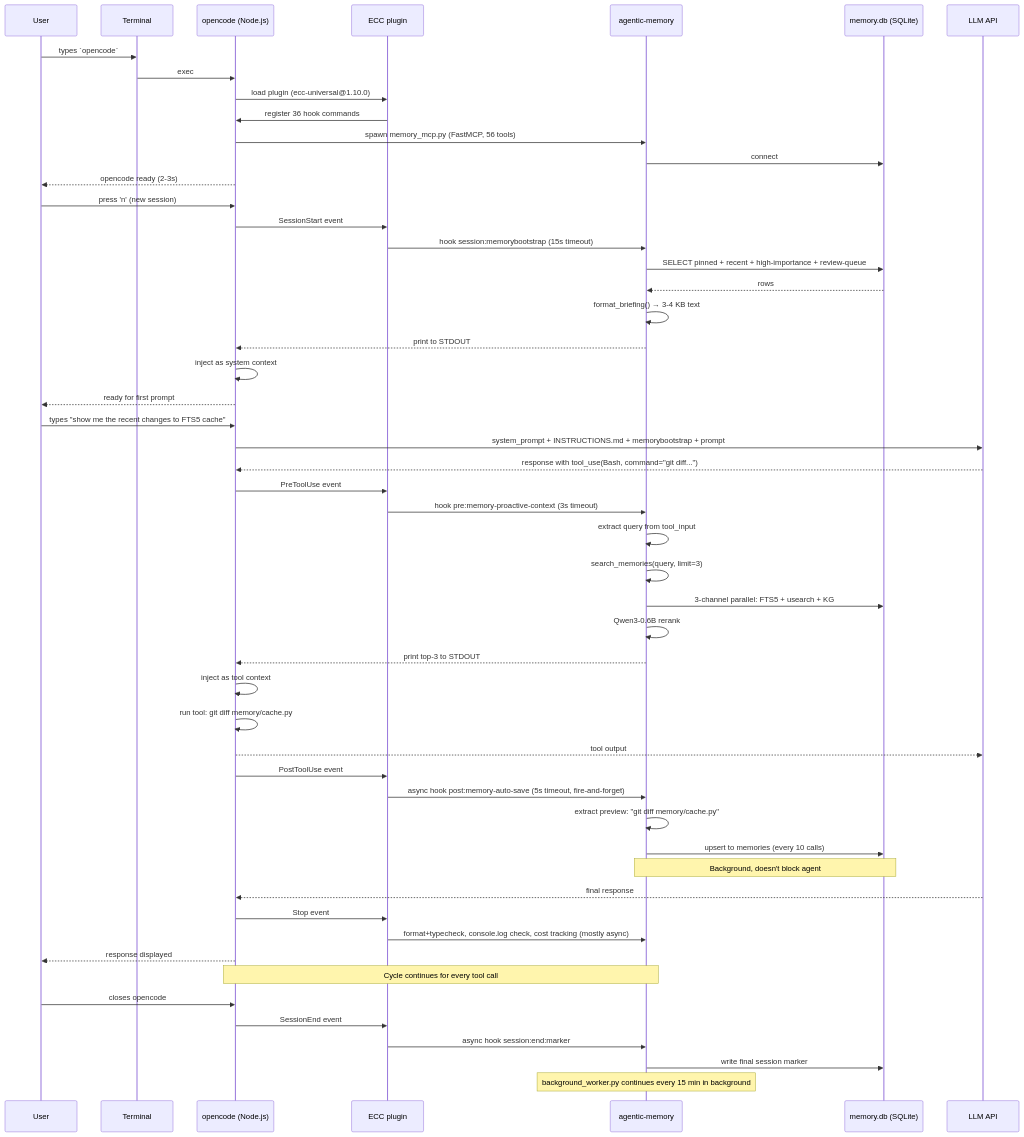
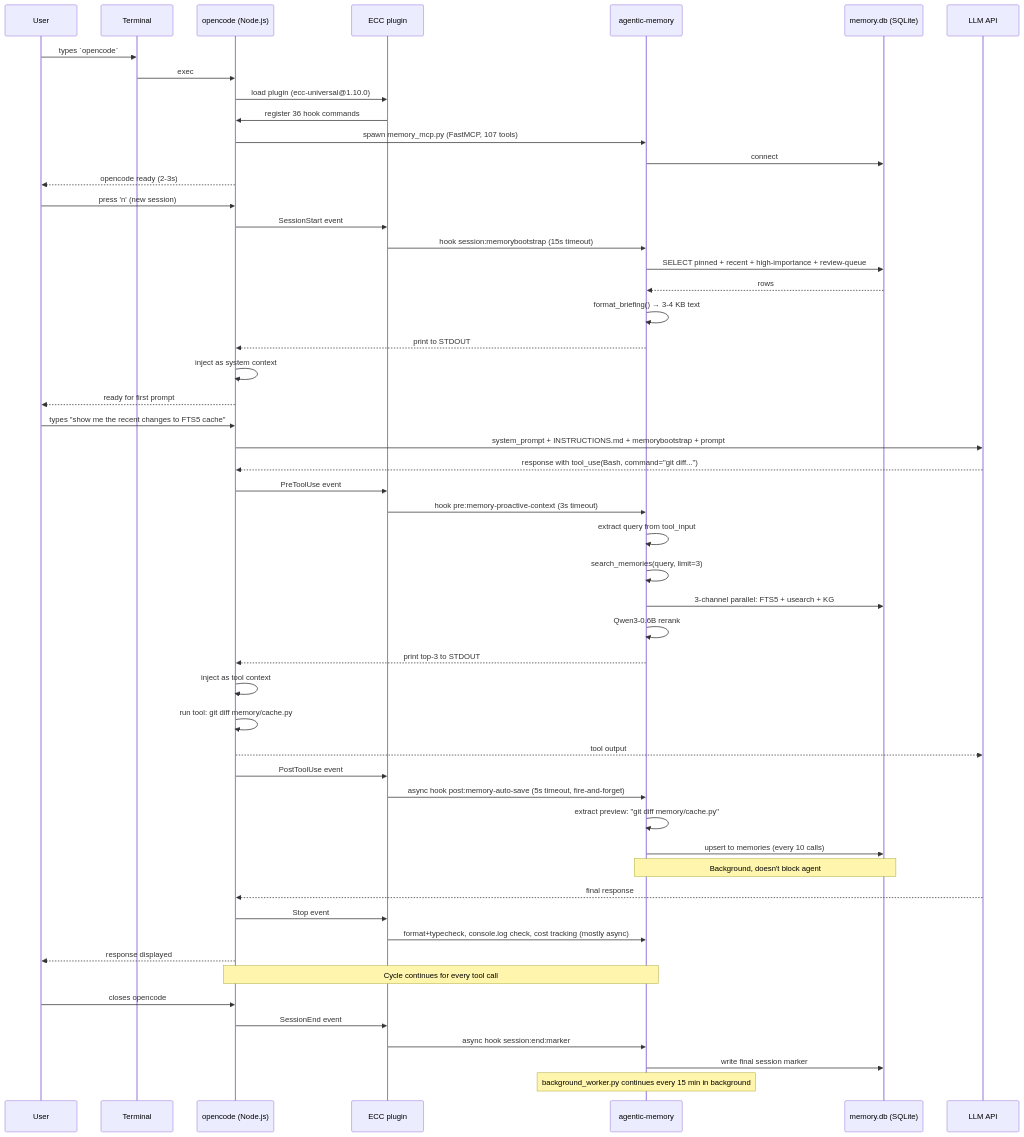
The second of 2 diagrams in docs/explanation/boot-sequence.md (ArkaAiAdmin/Agentic-Memory), drawn with Mermaid before and after one commit. The commit also changed other lines of this file and 2 other files, not shown here.

First paragraph of the commit message:
fix(docs): correct tool counts, tool registry refs, and CORE/ADMIN lists in how-to, reference, and boot-sequence
Agent 2 of 4 — docs accuracy fixes for feat/doc-excellence-phase0.

````diff
--- a/docs/explanation/boot-sequence.md
+++ b/docs/explanation/boot-sequence.md
@@ -162,63 +162,63 @@
 ```mermaid
 sequenceDiagram
     participant U as User
     participant T as Terminal
     participant OC as opencode (Node.js)
     participant ECP as ECC plugin
     participant AM as agentic-memory
     participant DB as memory.db (SQLite)
     participant LLM as LLM API
 
     U->>T: types `opencode`
     T->>OC: exec
     OC->>ECP: load plugin (ecc-universal@1.10.0)
     ECP->>OC: register 36 hook commands
-    OC->>AM: spawn memory_mcp.py (FastMCP, 56 tools)
+    OC->>AM: spawn memory_mcp.py (FastMCP, 107 tools)
     AM->>DB: connect
     OC-->>U: opencode ready (2-3s)
 
     U->>OC: press 'n' (new session)
     OC->>ECP: SessionStart event
     ECP->>AM: hook session:memorybootstrap (15s timeout)
     AM->>DB: SELECT pinned + recent + high-importance + review-queue
     DB-->>AM: rows
     AM->>AM: format_briefing() → 3-4 KB text
     AM-->>OC: print to STDOUT
     OC->>OC: inject as system context
     OC-->>U: ready for first prompt
 
     U->>OC: types "show me the recent changes to FTS5 cache"
     OC->>LLM: system_prompt + INSTRUCTIONS.md + memorybootstrap + prompt
     LLM-->>OC: response with tool_use(Bash, command="git diff...")
 
     OC->>ECP: PreToolUse event
     ECP->>AM: hook pre:memory-proactive-context (3s timeout)
     AM->>AM: extract query from tool_input
     AM->>AM: search_memories(query, limit=3)
     AM->>DB: 3-channel parallel: FTS5 + usearch + KG
     AM->>AM: Qwen3-0.6B rerank
     AM-->>OC: print top-3 to STDOUT
     OC->>OC: inject as tool context
 
     OC->>OC: run tool: git diff memory/cache.py
     OC-->>LLM: tool output
 
     OC->>ECP: PostToolUse event
     ECP->>AM: async hook post:memory-auto-save (5s timeout, fire-and-forget)
     AM->>AM: extract preview: "git diff memory/cache.py"
     AM->>DB: upsert to memories (every 10 calls)
     Note over AM,DB: Background, doesn't block agent
 
     LLM-->>OC: final response
     OC->>ECP: Stop event
     ECP->>AM: format+typecheck, console.log check, cost tracking (mostly async)
     OC-->>U: response displayed
 
     Note over OC,AM: Cycle continues for every tool call
 
     U->>OC: closes opencode
     OC->>ECP: SessionEnd event
     ECP->>AM: async hook session:end:marker
     AM->>DB: write final session marker
     Note over AM: background_worker.py continues every 15 min in background
 ```
````
